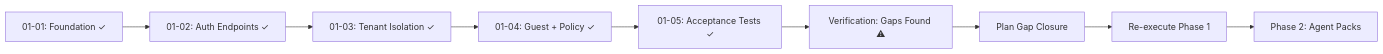
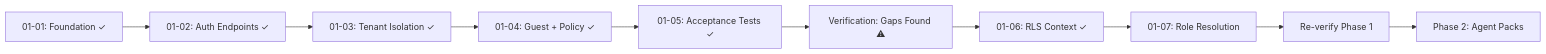
Before and after one commit to hungphongtrn/minerva: the diagram in .planning/STATE.md, drawn with Mermaid. The commit also changed other lines of this file and 1 other file, not shown here.

First line of the commit message:
docs(01-06): complete gap closure plan summary and update project state

````diff
--- a/.planning/STATE.md
+++ b/.planning/STATE.md
@@ -18,11 +18,12 @@
 ```mermaid
 flowchart LR
   S1[01-01: Foundation ✓] --> S2[01-02: Auth Endpoints ✓]
   S2 --> S3[01-03: Tenant Isolation ✓]
   S3 --> S4[01-04: Guest + Policy ✓]
   S4 --> S5[01-05: Acceptance Tests ✓]
   S5 --> S6[Verification: Gaps Found ⚠]
-  S6 --> S7[Plan Gap Closure]
-  S7 --> S8[Re-execute Phase 1]
-  S8 --> S9[Phase 2: Agent Packs]
+  S6 --> S7[01-06: RLS Context ✓]
+  S7 --> S8[01-07: Role Resolution]
+  S8 --> S9[Re-verify Phase 1]
+  S9 --> S10[Phase 2: Agent Packs]
 ```
````
